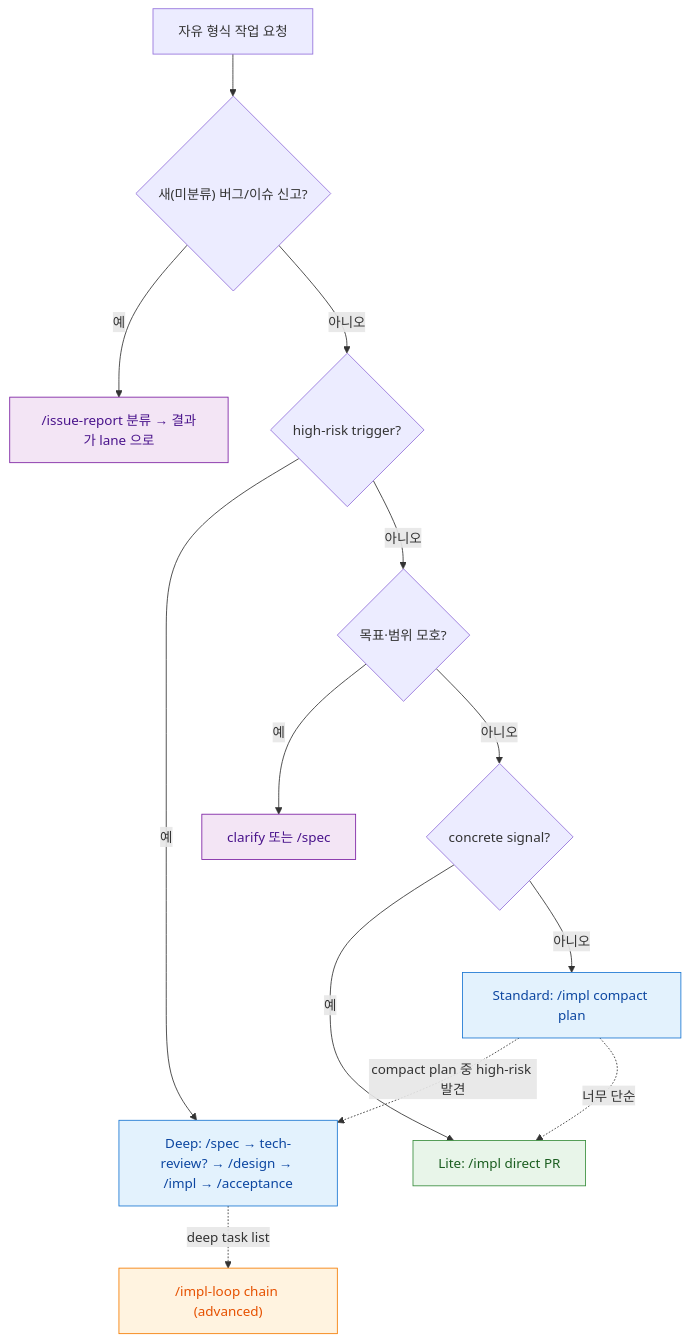
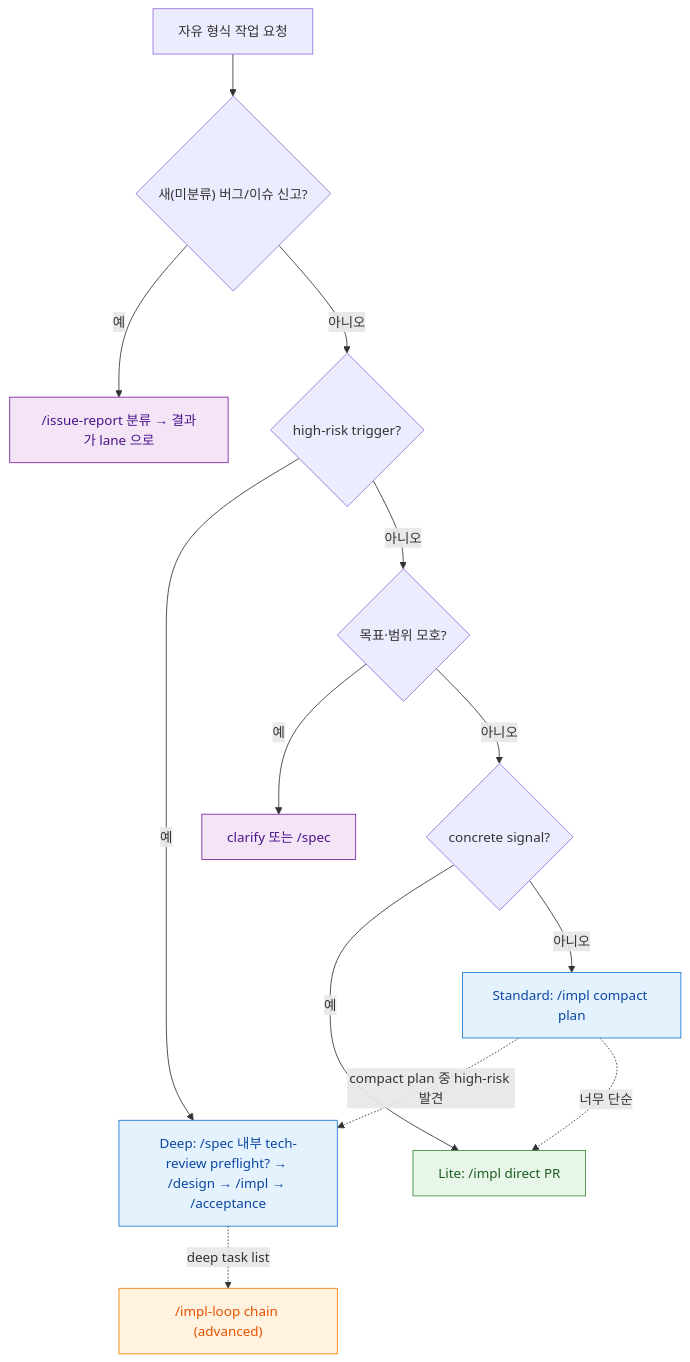
The diagram in docs/plugin/workflow-router.md (alruminum/dcNess), drawn with Mermaid before and after one commit. The commit also changed other lines of this file and 28 other files, not shown here.

````diff
--- a/docs/plugin/workflow-router.md
+++ b/docs/plugin/workflow-router.md
@@ -44,26 +44,26 @@
 ```mermaid
 flowchart TB
   REQ["자유 형식 작업 요청"] --> BUG{"새(미분류) 버그/이슈 신고?"}
   BUG -->|예| IR["/issue-report 분류 → 결과가 lane 으로"]
   BUG -->|아니오| HR{"high-risk trigger?"}
-  HR -->|예| DP["Deep: /spec → tech-review? → /design → /impl → /acceptance"]
+  HR -->|예| DP["Deep: /spec 내부 tech-review preflight? → /design → /impl → /acceptance"]
   HR -->|아니오| AM{"목표·범위 모호?"}
   AM -->|예| CL["clarify 또는 /spec"]
   AM -->|아니오| CS{"concrete signal?"}
   CS -->|예| LT["Lite: /impl direct PR"]
   CS -->|아니오| ST["Standard: /impl compact plan"]
   ST -.->|compact plan 중 high-risk 발견| DP
   ST -.->|너무 단순| LT
   DP -.->|deep task list| SHAPE["/impl-loop chain (advanced)"]
 
   classDef gate fill:#e3f2fd,stroke:#1976d2,color:#0d47a1
   classDef shape fill:#fff3e0,stroke:#f57c00,color:#e65100
   classDef clar fill:#f3e5f5,stroke:#7b1fa2,color:#4a148c
   classDef direct fill:#e8f5e9,stroke:#388e3c,color:#1b5e20
   class DP gate
   class SHAPE shape
   class CL clar
   class IR clar
   class LT direct
   class ST gate
 ```
````
